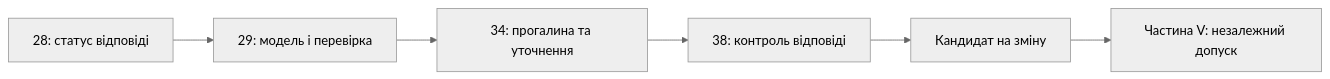
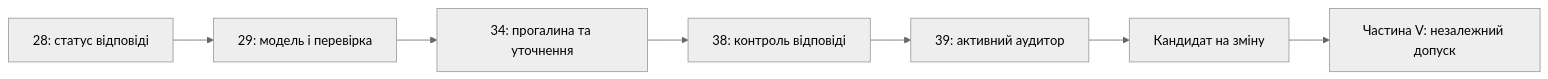
One commit to nick-fedchik/articles changed the diagram in ExpertSystem/part-06-frontiers-neuro-symbolic.md. Above: the diagram before and after it, drawn with Mermaid (neutral theme). The commit also changed other lines of this file and 5 other files, not shown here.

````diff
--- a/ExpertSystem/part-06-frontiers-neuro-symbolic.md
+++ b/ExpertSystem/part-06-frontiers-neuro-symbolic.md
@@ -19,10 +19,11 @@
 ```mermaid
 flowchart LR
     accTitle: Режими відповіді та контроль прогалин
     accDescr: Дворежимна відповідь, інтеграція моделі, робота з прогалиною та контроль непідтвердженої генерації.
     DUAL["28: статус відповіді"] --> NESY["29: модель і перевірка"]
     NESY --> GAP["34: прогалина та уточнення"]
     GAP --> CONTROL["38: контроль відповіді"]
-    CONTROL --> CAND["Кандидат на зміну"]
+    CONTROL --> TEST["39: активний аудитор"]
+    TEST --> CAND["Кандидат на зміну"]
     CAND --> REVIEW["Частина V: незалежний допуск"]
 ```
````
